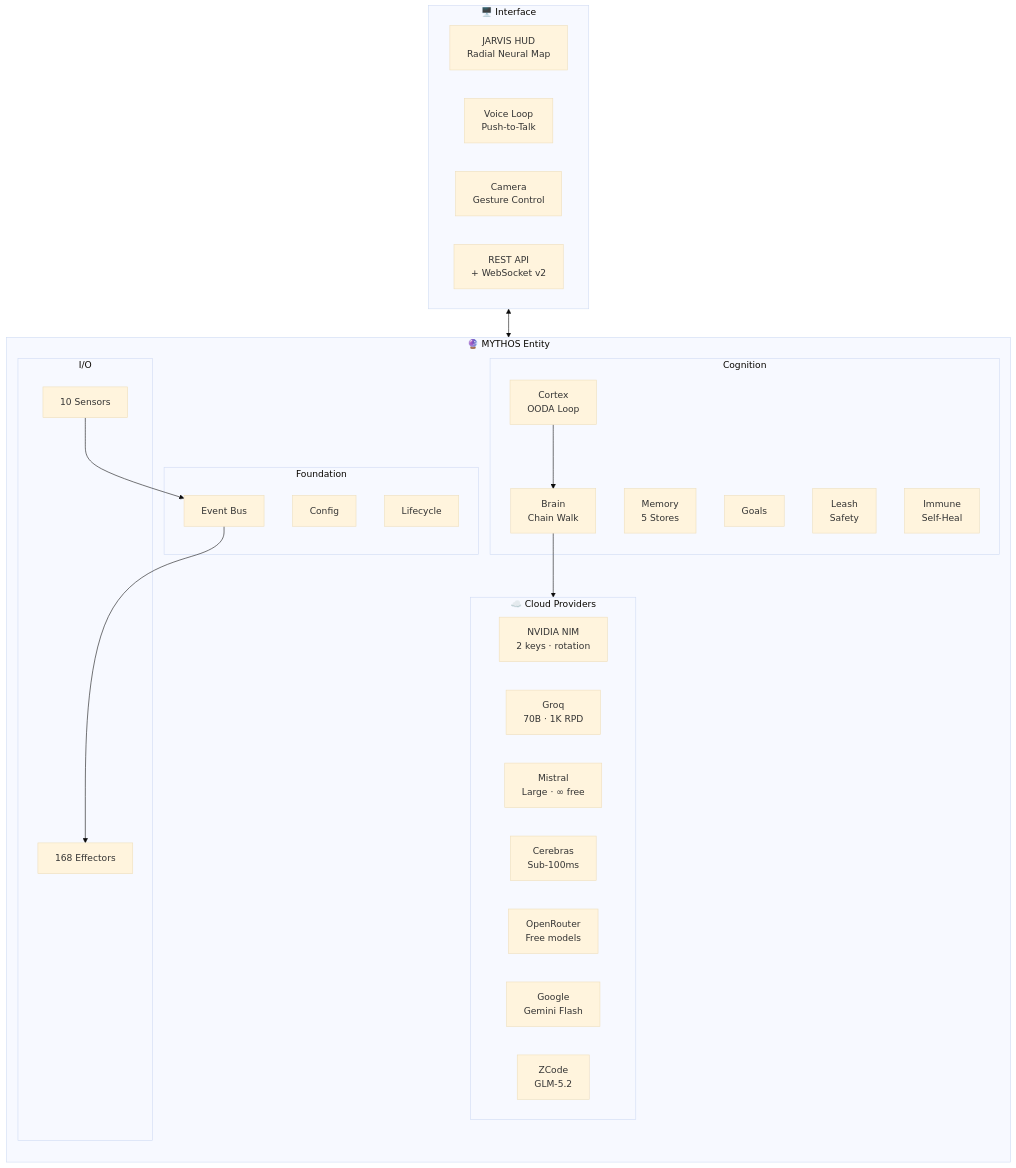
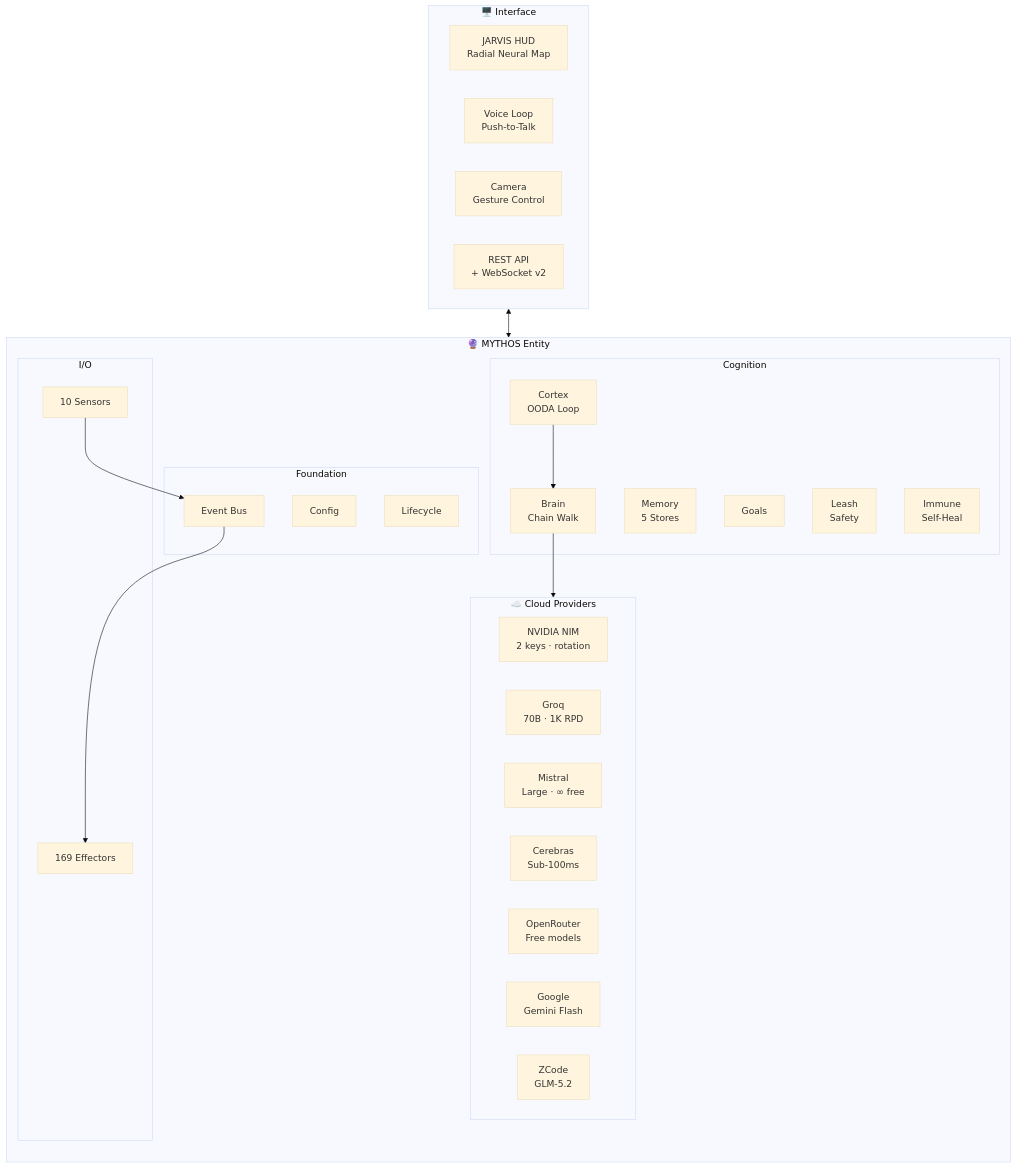
Before and after one commit to HailLucifer666/Agent_OS: the first of 11 diagrams in README.md, drawn with Mermaid (base theme). The commit also changed other lines of this file and 8 other files, not shown here.

````diff
--- a/README.md
+++ b/README.md
@@ -48,45 +48,45 @@
 ```mermaid
 flowchart TB
     subgraph Cloud["☁️ Cloud Providers"]
         direction LR
         NIM["NVIDIA NIM<br/>2 keys · rotation"]
         GQ["Groq<br/>70B · 1K RPD"]
         MI["Mistral<br/>Large · ∞ free"]
         CE["Cerebras<br/>Sub-100ms"]
         OR["OpenRouter<br/>Free models"]
         GOOG["Google<br/>Gemini Flash"]
         ZC["ZCode<br/>GLM-5.2"]
     end
 
     subgraph MYTHOS["🔮 MYTHOS Entity"]
         direction TB
         subgraph Foundation["Foundation"]
             CFG["Config"]
             BUS["Event Bus"]
             LIFE["Lifecycle"]
         end
         subgraph Cognition["Cognition"]
             CORT["Cortex<br/>OODA Loop"]
             BRN["Brain<br/>Chain Walk"]
             MEM["Memory<br/>5 Stores"]
             GOAL["Goals"]
             LEASH["Leash<br/>Safety"]
             IMM["Immune<br/>Self-Heal"]
         end
         subgraph IOLayer["I/O"]
             SENS["10 Sensors"]
-            EFF["168 Effectors"]
+            EFF["169 Effectors"]
         end
         CORT --> BRN --> Cloud
         SENS --> BUS --> EFF
     end
 
     subgraph Interface["🖥️ Interface"]
         HUD["JARVIS HUD<br/>Radial Neural Map"]
         VOICE["Voice Loop<br/>Push-to-Talk"]
         CAM["Camera<br/>Gesture Control"]
         API["REST API<br/>+ WebSocket v2"]
     end
 
     Interface <--> MYTHOS
 ```
````
